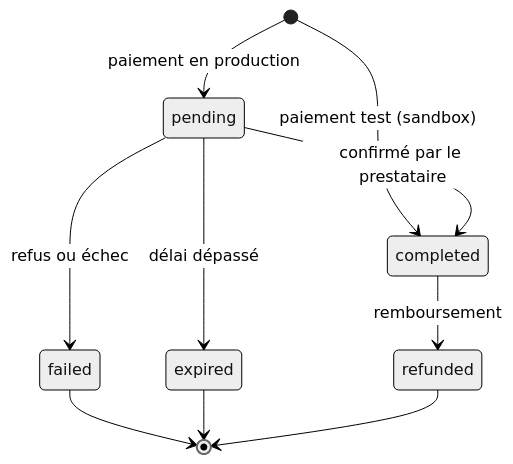
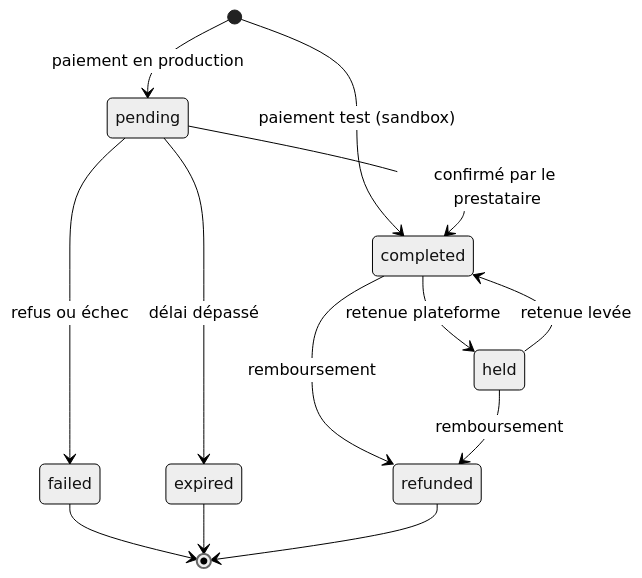
The diagram in apps/docs/content/docs/api/payment-state-machine.fr.mdx (alphajoop/lomi), drawn with Mermaid (neutral theme) before and after one commit. The commit also changed other lines of this file and 13 other files, not shown here.

````diff
--- a/apps/docs/content/docs/api/payment-state-machine.fr.mdx
+++ b/apps/docs/content/docs/api/payment-state-machine.fr.mdx
@@ -13,12 +13,15 @@
 ```mermaid
 stateDiagram-v2
   [*] --> pending: paiement en production
   [*] --> completed: paiement test (sandbox)
   pending --> completed: confirmé par le prestataire
   pending --> failed: refus ou échec
   pending --> expired: délai dépassé
   completed --> refunded: remboursement
+  completed --> held: retenue plateforme
+  held --> completed: retenue levée
+  held --> refunded: remboursement
   failed --> [*]
   expired --> [*]
   refunded --> [*]
 ```
````
